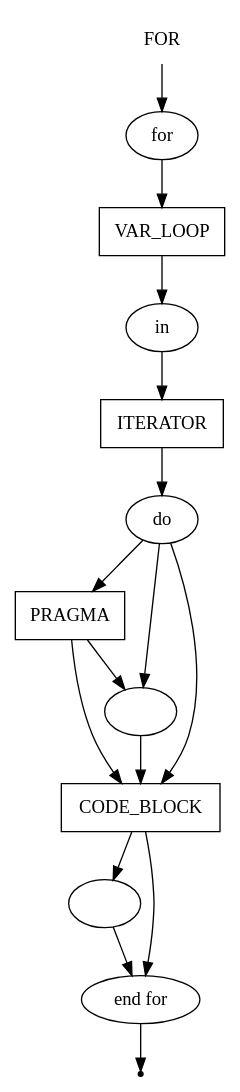
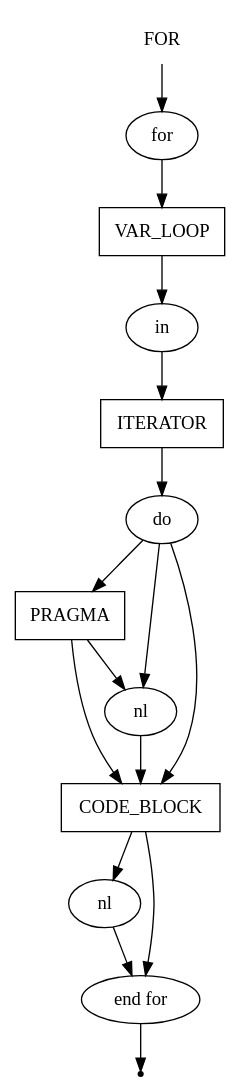
The diagram in pseudocode/for.gv (ayu-f/DSL_Pseudocode), drawn with Graphviz before and after one commit. The commit also changed 71 other files, not shown here.

```diff
--- a/pseudocode/for.gv
+++ b/pseudocode/for.gv
@@ -1,34 +1,33 @@
 digraph FOR {
     start [label=FOR shape=plaintext]
     key_for [label="for" shape=oval]
     var_loop [label=VAR_LOOP shape=box]
     belong [label="\in" shape=oval]
     iterator [label=ITERATOR shape=box]
-    belong [label="\in" shape=oval]
     key_do [label="do" shape=oval]
     pragma [label=PRAGMA shape=box]
     code_block [label=CODE_BLOCK shape=box]
-    nl_1 [label="\n" shape=oval]
-    nl_2 [label="\n" shape=oval]
+    nl_1 [label="nl" shape=oval]
+    nl_2 [label="nl" shape=oval]
     key_end [label="end for" shape=oval]
     end [label="" shape=point]
 
     start -> key_for
     key_for -> var_loop
     var_loop -> belong
     belong -> iterator
     iterator -> key_do
 
     key_do -> pragma
     key_do -> nl_1
     key_do -> code_block
 
     pragma -> nl_1
     pragma -> code_block
 
     nl_1 -> code_block
     code_block -> nl_2
     code_block -> key_end
     nl_2 -> key_end
     key_end -> end
 }
```
